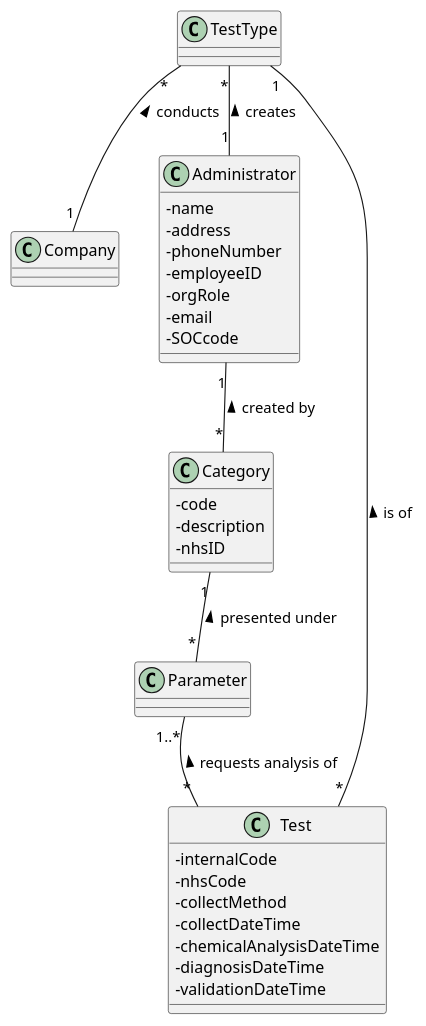
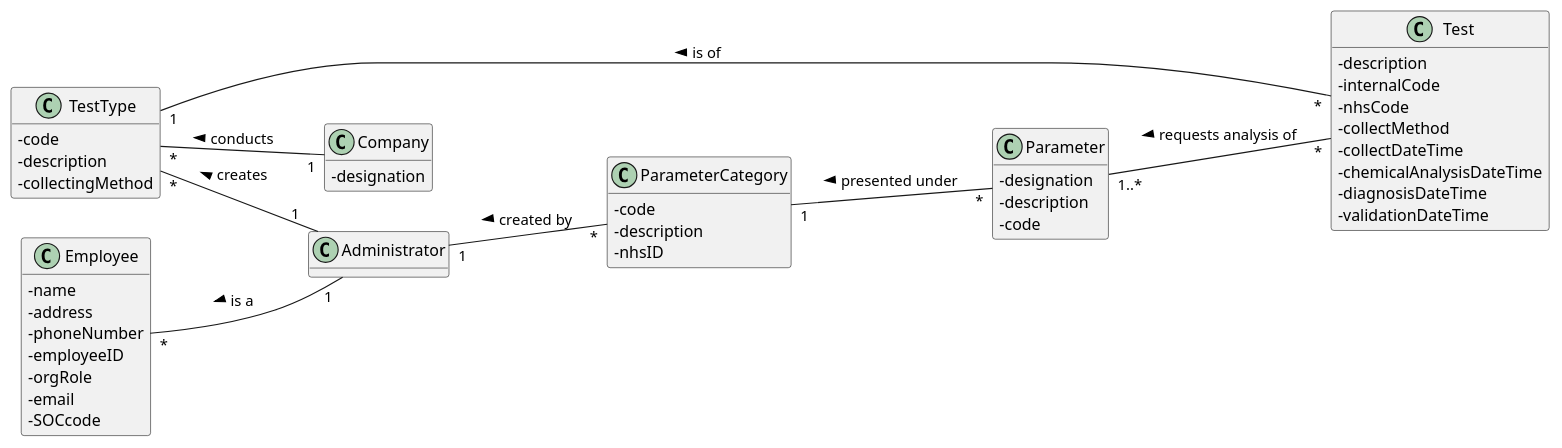
The diagram in docs/SprintB/US09/US09-MD.puml (0franciscor/lei-21-s2-1de-g19), drawn with PlantUML before and after one commit. The commit also changed 4 other files, not shown here.

```diff
--- a/docs/SprintB/US09/US09-MD.puml
+++ b/docs/SprintB/US09/US09-MD.puml
@@ -1,59 +1,75 @@
 @startuml
+hide methods
+left to right direction
 
 class Company
+class Employee
 class Administrator
-class Category
+class ParameterCategory
 class Parameter
 class TestType
 class Test
 
-Administrator "1" -- "*" Category : < created by
+Employee "*" -- "1" Administrator : < is a
 
-Category "1" -- "*" Parameter : < presented under
+ParameterCategory "1" -- "*" Parameter : < presented under
 
 Parameter "1..*" -- "*" Test : < requests analysis of
 
 TestType "*" -- "1" Company : < conducts
 
 TestType "1" -- "*" Test: < is of
 
 TestType "*" -- "1" Administrator : < creates
 
+Administrator "1" -- "*" ParameterCategory : < created by
+
 skinparam classAttributeIconSize 0
 
 class Company{
+-designation
 }
 
-class Administrator{
+class Employee{
 -name
 -address
 -phoneNumber
 -employeeID
 -orgRole
 -email
 -SOCcode
 }
 
-class Category{
+class Administrator{
+}
+
+class ParameterCategory{
 -code
 -description
 -nhsID
 }
 
 class Parameter{
+-designation
+-description
+-code
 }
 
 class TestType{
+-code
+-description
+-collectingMethod
 }
 
 class Test{
+-description
 -internalCode
 -nhsCode
 -collectMethod
 -collectDateTime
 -chemicalAnalysisDateTime
 -diagnosisDateTime
 -validationDateTime
 }
 
 @enduml
```
